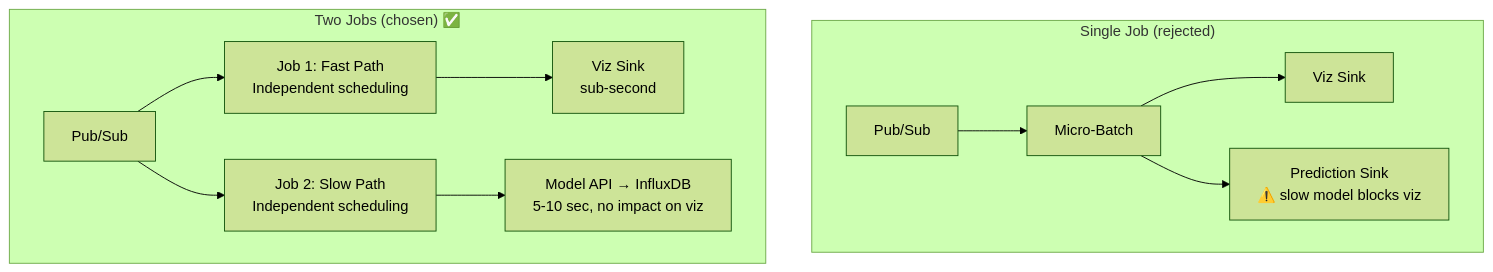
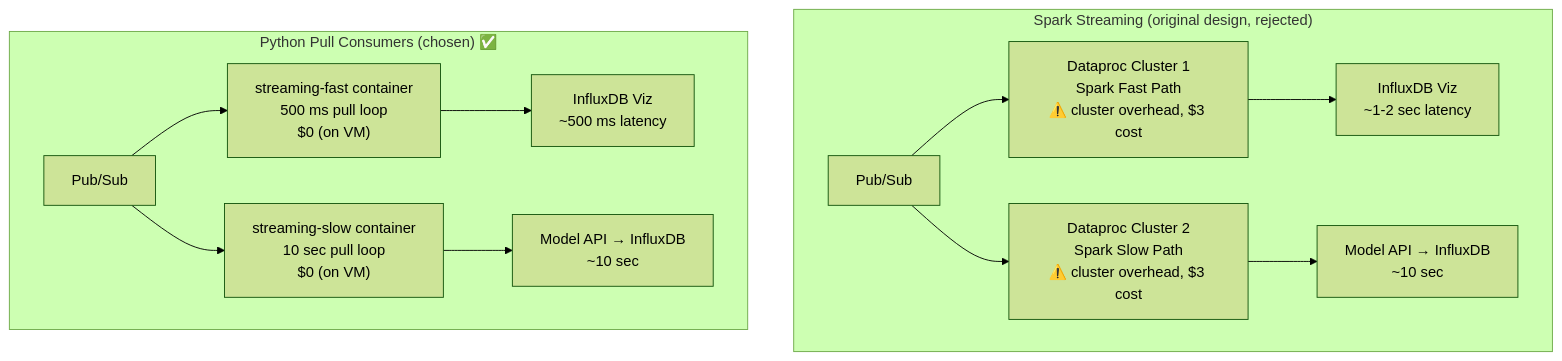
Before and after one commit to nmk-k66-uet/F1-Chubby-Data: the sixth of 11 diagrams in revised_plan.md, drawn with Mermaid (forest theme). The commit also changed other lines of this file, not shown here.

````diff
--- a/revised_plan.md
+++ b/revised_plan.md
@@ -394,15 +379,16 @@
 ```mermaid
 flowchart TD
-    subgraph "Single Job (rejected)"
-        K1[Pub/Sub] --> MB1[Micro-Batch]
-        MB1 --> VIZ1[Viz Sink]
-        MB1 --> PRED1[Prediction Sink<br/>⚠️ slow model blocks viz]
+    subgraph "Spark Streaming (original design, rejected)"
+        K1[Pub/Sub] --> DP1[Dataproc Cluster 1<br/>Spark Fast Path<br/>⚠️ cluster overhead, $3 cost]
+        K1 --> DP2[Dataproc Cluster 2<br/>Spark Slow Path<br/>⚠️ cluster overhead, $3 cost]
+        DP1 --> VIZ1[InfluxDB Viz<br/>~1-2 sec latency]
+        DP2 --> PRED1[Model API → InfluxDB<br/>~10 sec]
     end
 
-    subgraph "Two Jobs (chosen) ✅"
-        K2[Pub/Sub] --> JOB1[Job 1: Fast Path<br/>Independent scheduling]
-        K2 --> JOB2[Job 2: Slow Path<br/>Independent scheduling]
-        JOB1 --> VIZ2[Viz Sink<br/>sub-second]
-        JOB2 --> PRED2[Model API → InfluxDB<br/>5-10 sec, no impact on viz]
+    subgraph "Python Pull Consumers (chosen) ✅"
+        K2[Pub/Sub] --> C1["streaming-fast container<br/>500 ms pull loop<br/>$0 (on VM)"]
+        K2 --> C2["streaming-slow container<br/>10 sec pull loop<br/>$0 (on VM)"]
+        C1 --> VIZ2[InfluxDB Viz<br/>~500 ms latency]
+        C2 --> PRED2[Model API → InfluxDB<br/>~10 sec]
     end
 ```
````
